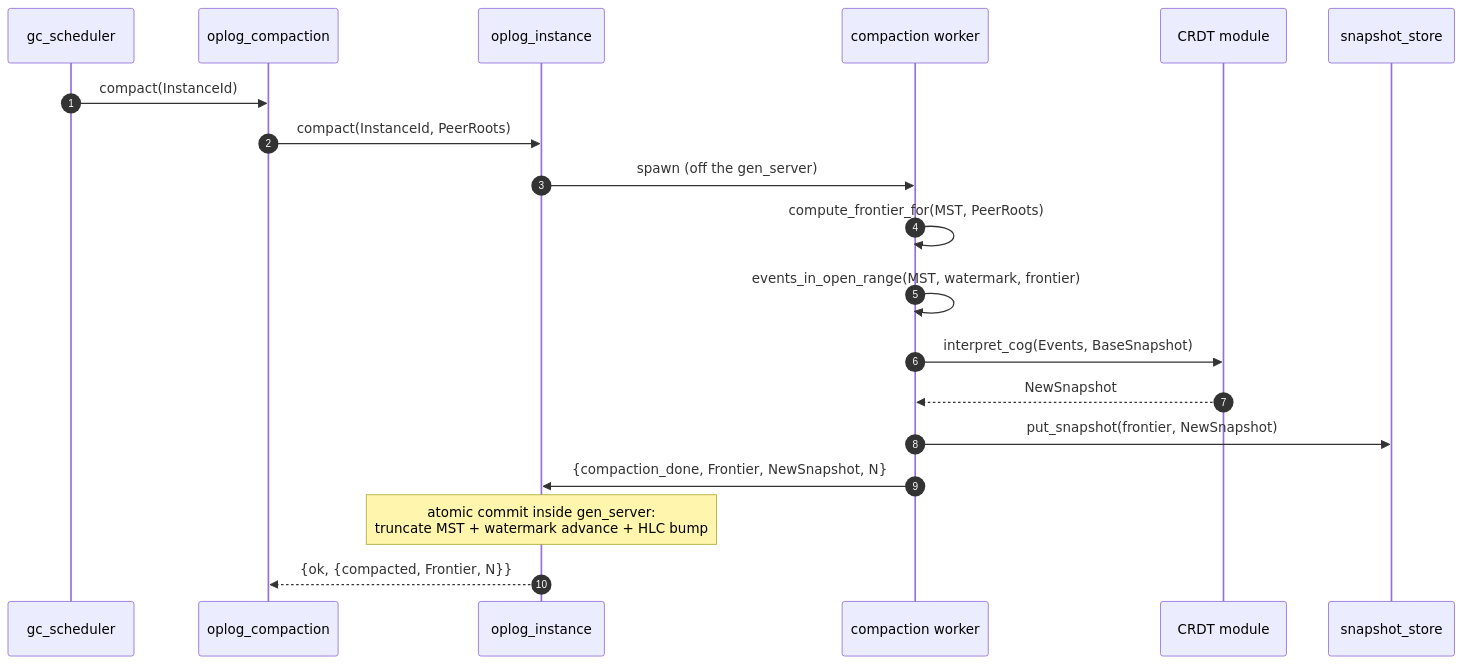
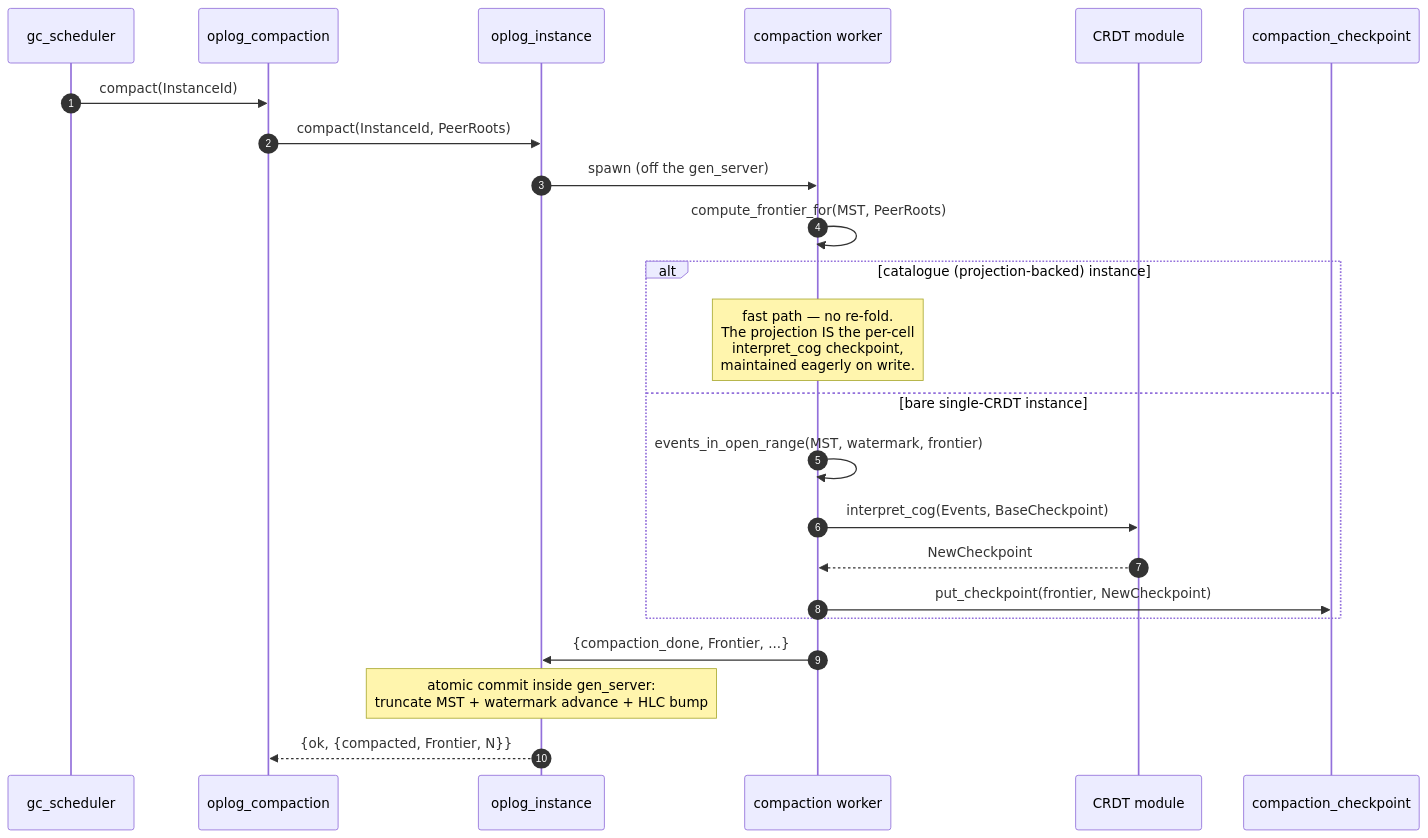
The fourth of 14 diagrams in doc_extras/architecture/06_compaction_and_bootstrap.md (bondy-io/bondy_mst), drawn with Mermaid before and after one commit. The commit also changed other lines of this file and 38 other files, not shown here.

Commit message:
add new CRDTs and document new architecture

````diff
--- a/doc_extras/architecture/06_compaction_and_bootstrap.md
+++ b/doc_extras/architecture/06_compaction_and_bootstrap.md
@@ -121,22 +121,26 @@
 ```mermaid
 sequenceDiagram
     autonumber
     participant Sched as gc_scheduler
     participant Comp as oplog_compaction
     participant Inst as oplog_instance
     participant Worker as compaction worker
     participant Crdt as CRDT module
-    participant SS as snapshot_store
+    participant CK as compaction_checkpoint
 
     Sched->>Comp: compact(InstanceId)
     Comp->>Inst: compact(InstanceId, PeerRoots)
     Inst->>Worker: spawn (off the gen_server)
     Worker->>Worker: compute_frontier_for(MST, PeerRoots)
-    Worker->>Worker: events_in_open_range(MST, watermark, frontier)
-    Worker->>Crdt: interpret_cog(Events, BaseSnapshot)
-    Crdt-->>Worker: NewSnapshot
-    Worker->>SS: put_snapshot(frontier, NewSnapshot)
-    Worker->>Inst: {compaction_done, Frontier, NewSnapshot, N}
+    alt catalogue (projection-backed) instance
+        Note over Worker: fast path — no re-fold.<br/>The projection IS the per-cell<br/>interpret_cog checkpoint,<br/>maintained eagerly on write.
+    else bare single-CRDT instance
+        Worker->>Worker: events_in_open_range(MST, watermark, frontier)
+        Worker->>Crdt: interpret_cog(Events, BaseCheckpoint)
+        Crdt-->>Worker: NewCheckpoint
+        Worker->>CK: put_checkpoint(frontier, NewCheckpoint)
+    end
+    Worker->>Inst: {compaction_done, Frontier, ...}
     Note over Inst: atomic commit inside gen_server:<br/>truncate MST + watermark advance + HLC bump
     Inst-->>Comp: {ok, {compacted, Frontier, N}}
 ```
````
